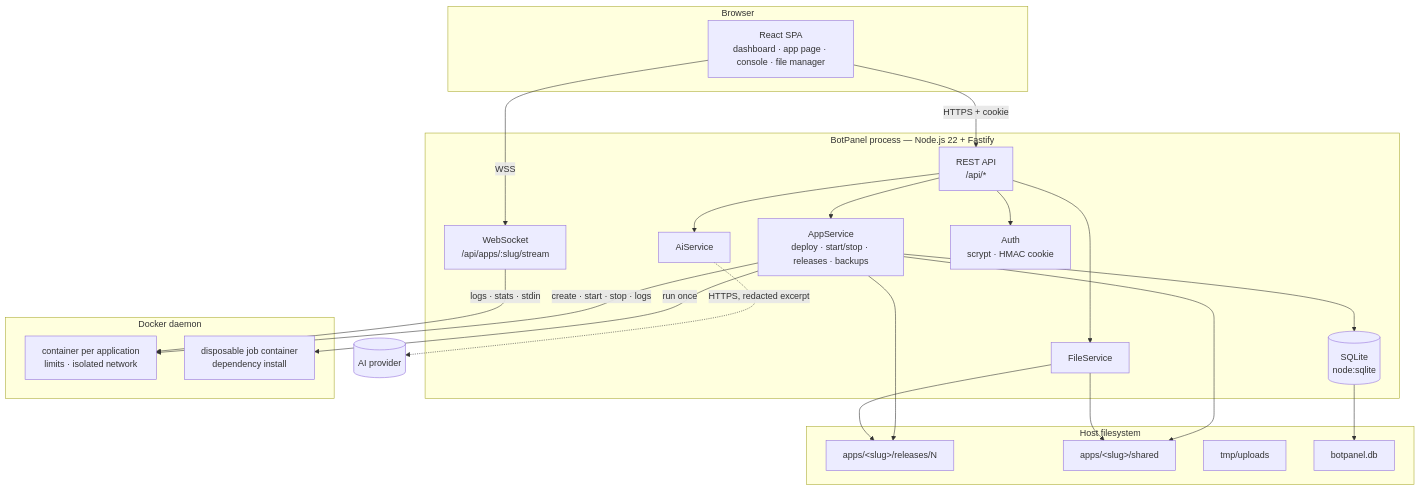
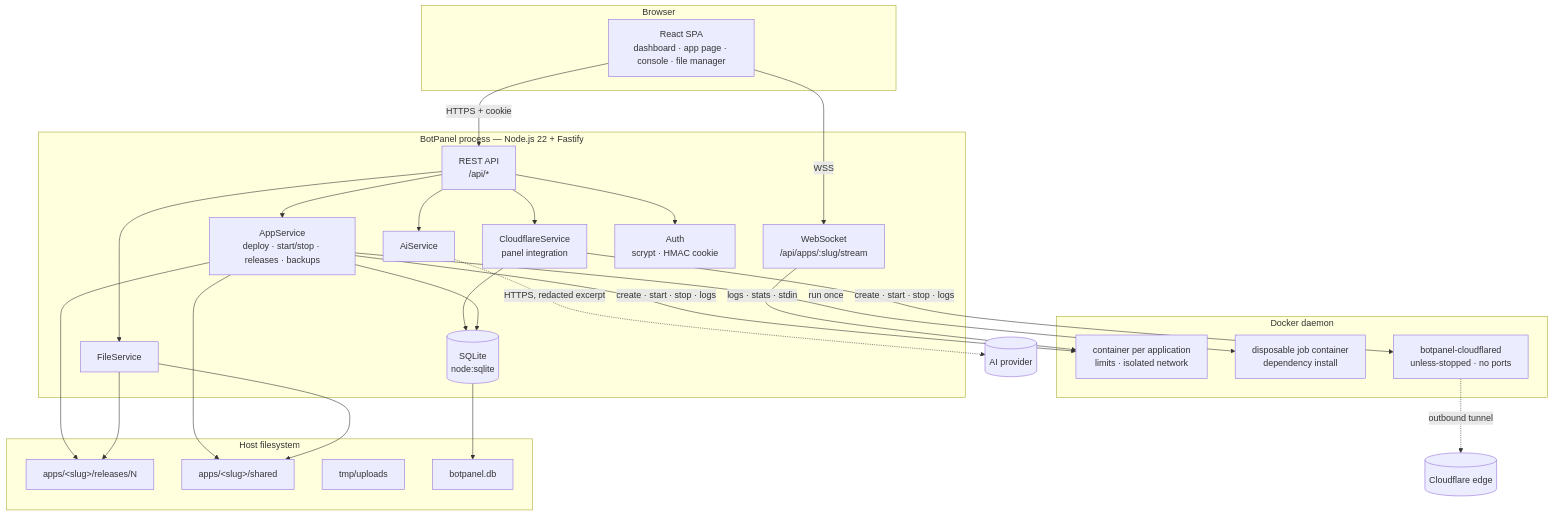
One commit to MaelllDev/discord-bot-host changed the diagram in docs/architecture.md. Above: the diagram before and after it, drawn with Mermaid. The commit also changed other lines of this file and 57 other files, not shown here.

````diff
--- a/docs/architecture.md
+++ b/docs/architecture.md
@@ -6,45 +6,51 @@
 ```mermaid
 flowchart TB
     subgraph client[Browser]
         SPA[React SPA<br/>dashboard · app page · console · file manager]
     end
 
     subgraph panel[BotPanel process  —  Node.js 22 + Fastify]
         ROUTES[REST API<br/>/api/*]
         STREAM[WebSocket<br/>/api/apps/:slug/stream]
         APPS[AppService<br/>deploy · start/stop · releases · backups]
         FILES[FileService]
         AI[AiService]
+        CF[CloudflareService<br/>panel integration]
         STORE[(SQLite<br/>node:sqlite)]
         AUTH[Auth<br/>scrypt · HMAC cookie]
     end
 
     subgraph host[Host filesystem]
         REL[apps/&lt;slug&gt;/releases/N]
         SHARED[apps/&lt;slug&gt;/shared]
         UP[tmp/uploads]
         DBF[botpanel.db]
     end
 
     subgraph dkr[Docker daemon]
         CONT[container per application<br/>limits · isolated network]
         JOB[disposable job container<br/>dependency install]
+        TUN[botpanel-cloudflared<br/>unless-stopped · no ports]
     end
 
     SPA -->|HTTPS + cookie| ROUTES
     SPA -->|WSS| STREAM
     ROUTES --> AUTH
     ROUTES --> APPS
     ROUTES --> FILES
     ROUTES --> AI
+    ROUTES --> CF
+    CF --> STORE
+    CF -->|create · start · stop · logs| TUN
+    TUN -.->|outbound tunnel| CLOUDFLARE[(Cloudflare edge)]
     APPS --> STORE
     APPS --> REL
     APPS --> SHARED
     APPS -->|create · start · stop · logs| CONT
     APPS -->|run once| JOB
     FILES --> REL
     FILES --> SHARED
     STORE --> DBF
     STREAM -->|logs · stats · stdin| CONT
     AI -.->|HTTPS, redacted excerpt| PROVIDER[(AI provider)]
 ```
````
